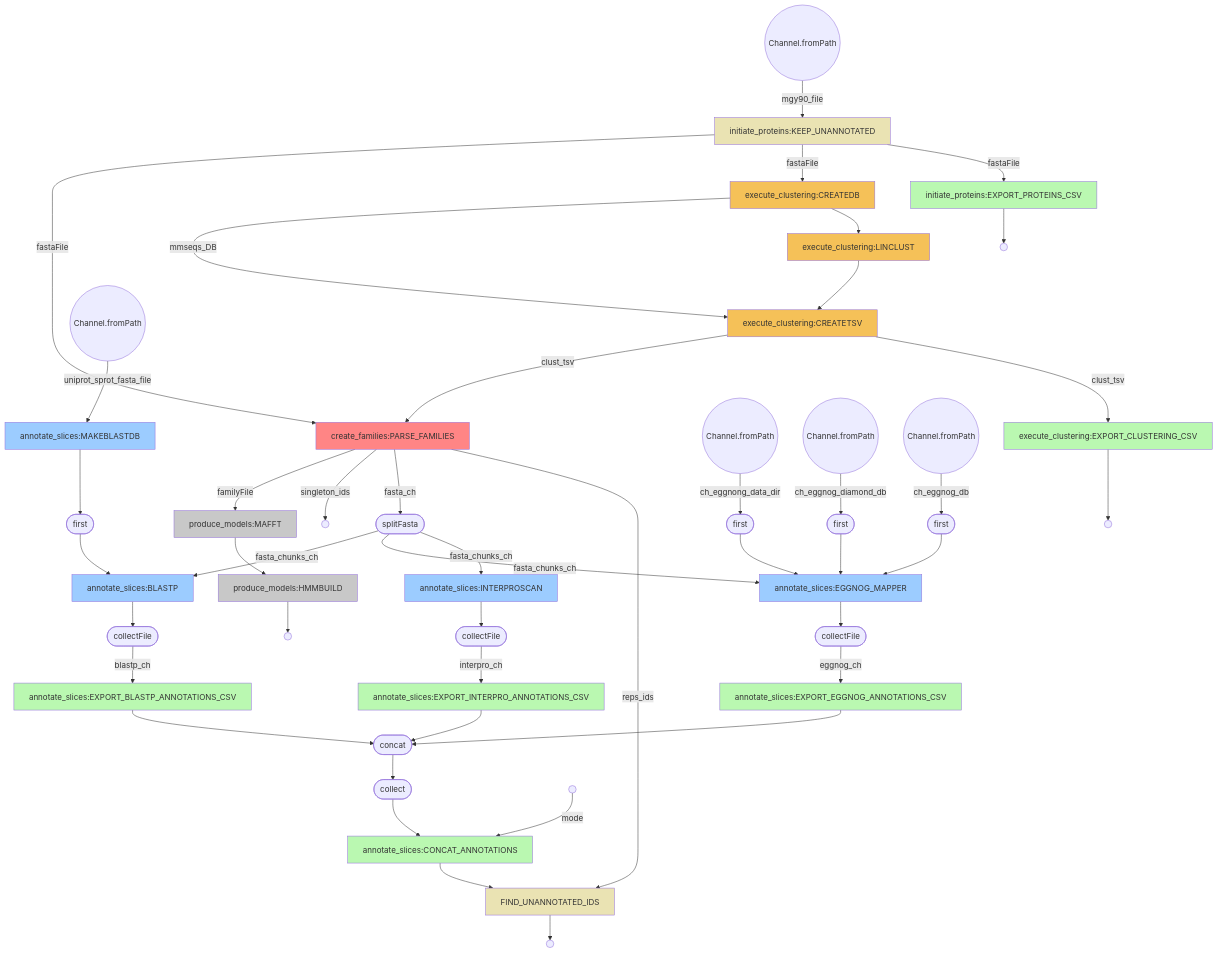
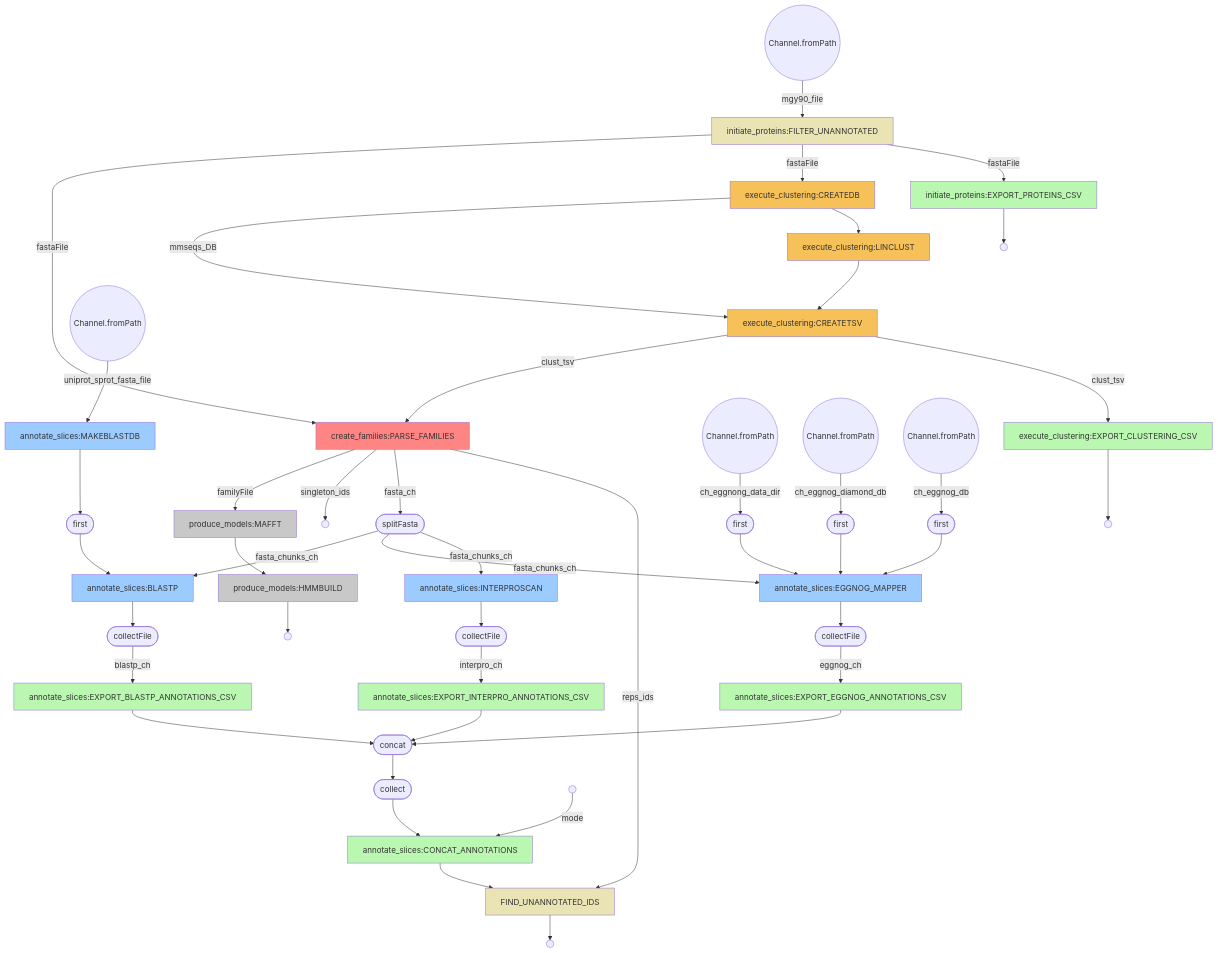
Before and after one commit to EBI-Metagenomics/mgnifams: the diagram in flowcharts/flowchart_strategy_mgnify90.mmd, drawn with Mermaid. The commit also changed 45 other files, not shown here.

```diff
--- a/flowcharts/flowchart_strategy_mgnify90.mmd
+++ b/flowcharts/flowchart_strategy_mgnify90.mmd
@@ -1,101 +1,101 @@
 flowchart TD
     p0((Channel.fromPath))
-    p1[initiate_proteins:KEEP_UNANNOTATED]
+    p1[initiate_proteins:FILTER_UNANNOTATED]
     style p1 fill:#eae3b3
     p2[initiate_proteins:EXPORT_PROTEINS_CSV]
     style p2 fill:#baf8b1
     p3(( ))
     p4[execute_clustering:CREATEDB]
     style p4 fill:#f5c158
     p5[execute_clustering:LINCLUST]
     style p5 fill:#f5c158
     p6[execute_clustering:CREATETSV]
     style p6 fill:#f5c158
     p7[execute_clustering:EXPORT_CLUSTERING_CSV]
     style p7 fill:#baf8b1
     p8(( ))
     p9[create_families:PARSE_FAMILIES]
     style p9 fill:#ff8585
     p10(( ))
     p11[produce_models:MAFFT]
     style p11 fill:#c8c8c8
     p12[produce_models:HMMBUILD]
     style p12 fill:#c8c8c8
     p13(( ))
     p14((Channel.fromPath))
     p15((Channel.fromPath))
     p16((Channel.fromPath))
     p17((Channel.fromPath))
     p18([splitFasta])
     p19[annotate_slices:INTERPROSCAN]
     style p19 fill:#9cccff
     p20([collectFile])
     p21([first])
     p22([first])
     p23([first])
     p24[annotate_slices:EGGNOG_MAPPER]
     style p24 fill:#9cccff
     p25([collectFile])
     p26[annotate_slices:MAKEBLASTDB]
     style p26 fill:#9cccff
     p27([first])
     p28[annotate_slices:BLASTP]
     style p28 fill:#9cccff
     p29([collectFile])
     p30[annotate_slices:EXPORT_INTERPRO_ANNOTATIONS_CSV]
     style p30 fill:#baf8b1
     p31[annotate_slices:EXPORT_EGGNOG_ANNOTATIONS_CSV]
     style p31 fill:#baf8b1
     p32[annotate_slices:EXPORT_BLASTP_ANNOTATIONS_CSV]
     style p32 fill:#baf8b1
     p33([concat])
     p34([collect])
     p35(( ))
     p36[annotate_slices:CONCAT_ANNOTATIONS]
     style p36 fill:#baf8b1
     p37[FIND_UNANNOTATED_IDS]
     style p37 fill:#eae3b3
     p38(( ))
     p0 -->|mgy90_file| p1
     p1 -->|fastaFile| p2
     p2 --> p3
     p1 -->|fastaFile| p4
     p4 --> p5
     p5 --> p6
     p4 -->|mmseqs_DB| p6
     p6 -->|clust_tsv| p7
     p7 --> p8
     p1 -->|fastaFile| p9
     p6 -->|clust_tsv| p9
     p9 -->|reps_ids| p37
     p9 -->|fasta_ch| p18
     p9 -->|singleton_ids| p10
     p9 -->|familyFile| p11
     p11 --> p12
     p12 --> p13
     p14 -->|ch_eggnong_data_dir| p21
     p15 -->|ch_eggnog_diamond_db| p22
     p16 -->|ch_eggnog_db| p23
     p17 -->|uniprot_sprot_fasta_file| p26
     p18 -->|fasta_chunks_ch| p19
     p19 --> p20
     p20 -->|interpro_ch| p30
     p21 --> p24
     p22 --> p24
     p23 --> p24
     p18 -->|fasta_chunks_ch| p24
     p24 --> p25
     p25 -->|eggnog_ch| p31
     p26 --> p27
     p27 --> p28
     p18 -->|fasta_chunks_ch| p28
     p28 --> p29
     p29 -->|blastp_ch| p32
     p30 --> p33
     p31 --> p33
     p32 --> p33
     p33 --> p34
     p34 --> p36
     p35 -->|mode| p36
     p36 --> p37
     p37 --> p38
```
